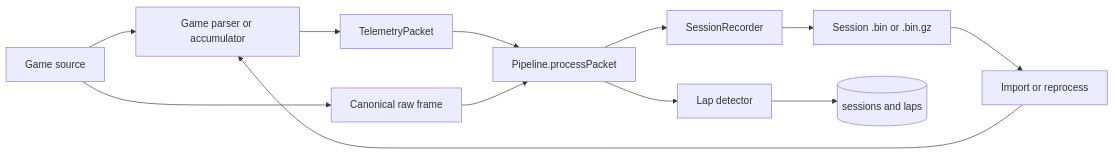
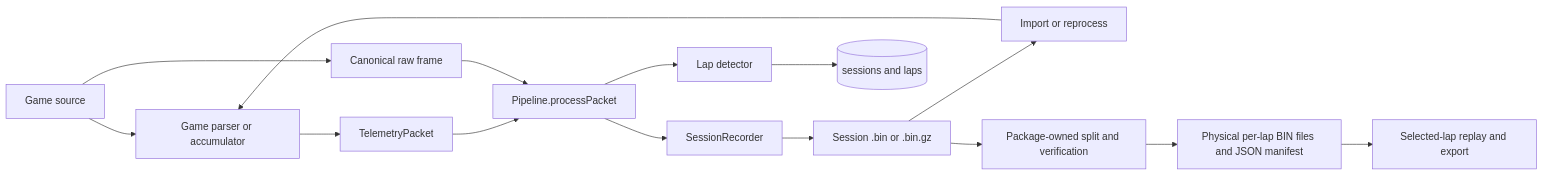
Before and after one commit to SpeedHQ/RaceIQ: the diagram in docs/architecture/telemetry-recording.md, drawn with Mermaid. The commit also changed other lines of this file and 278 other files, not shown here.

First line of the commit message:
feat(capture): split live recordings per lap (#473)

````diff
--- a/docs/architecture/telemetry-recording.md
+++ b/docs/architecture/telemetry-recording.md
@@ -7,14 +7,17 @@
 ```mermaid
 graph LR
   Source[Game source] --> Adapter[Game parser or accumulator]
   Adapter --> Packet[TelemetryPacket]
   Source --> Raw[Canonical raw frame]
   Packet --> Pipeline[Pipeline.processPacket]
   Raw --> Pipeline
   Pipeline --> Recorder[SessionRecorder]
   Pipeline --> Detector[Lap detector]
   Recorder --> Bin[Session .bin or .bin.gz]
   Detector --> DB[(sessions and laps)]
   Bin --> Replay[Import or reprocess]
+  Bin --> Split[Package-owned split and verification]
+  Split --> Archive[Physical per-lap BIN files and JSON manifest]
+  Archive --> LapReplay[Selected-lap replay and export]
   Replay --> Adapter
 ```
````
